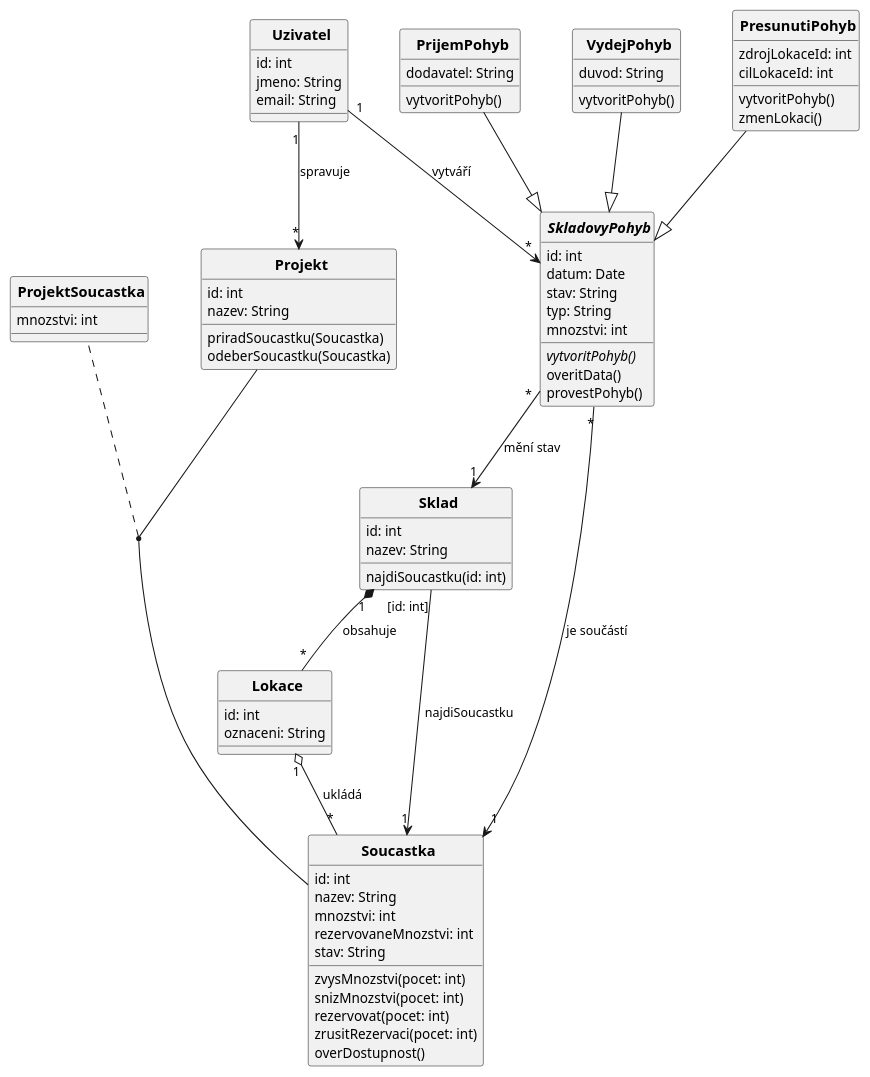
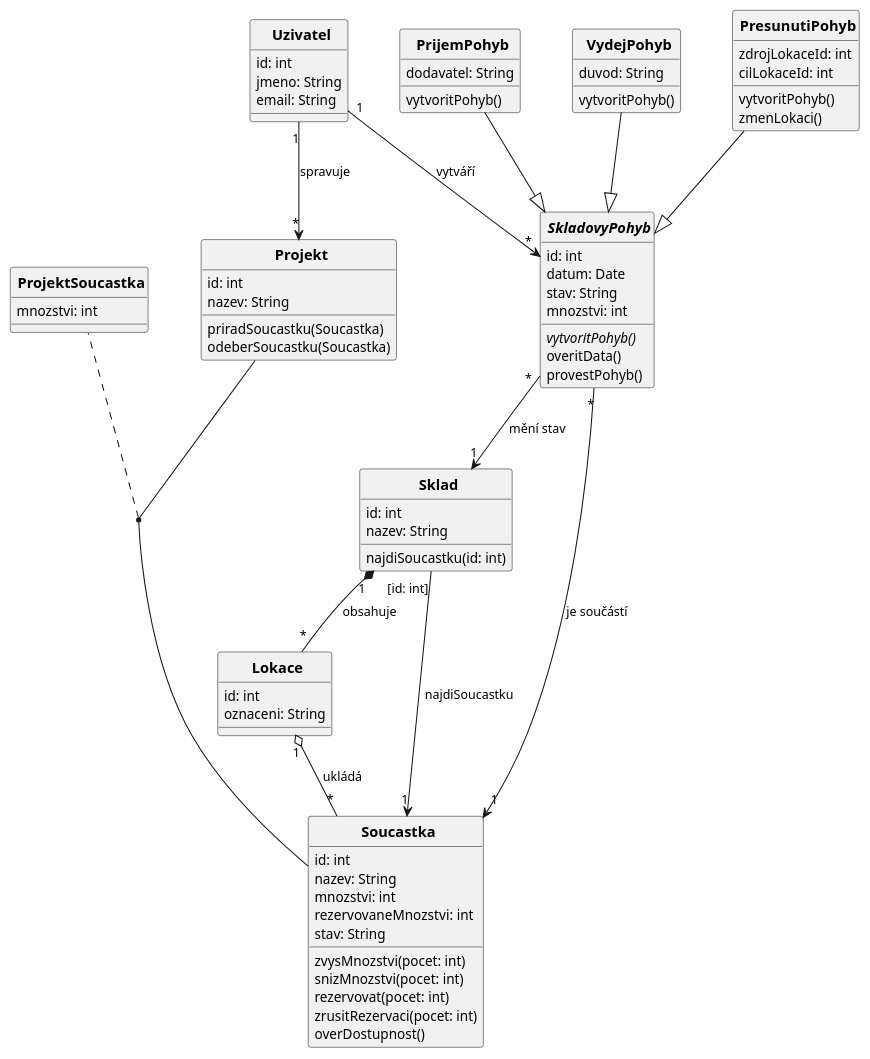
One commit to lkvapil/kOdevzdaniProjektWMS changed the diagram in diagrams/02_class_diagram.puml. Above: the diagram before and after it, drawn with PlantUML. The commit also changed 7 other files, not shown here.

Commit message:
Opravy dle zpětné vazby: generalizace UC, polymorfismus, stavové diagramy

```diff
--- a/diagrams/02_class_diagram.puml
+++ b/diagrams/02_class_diagram.puml
@@ -1,106 +1,105 @@
 @startuml
 top to bottom direction
 skinparam CircledCharacterRadius 0
 skinparam CircledCharacterFontSize 0
 skinparam defaultFontSize 13
 skinparam classFontSize 14
 skinparam classFontStyle bold
 skinparam ArrowFontSize 12
 skinparam nodesep 50
 skinparam ranksep 60
 
 class Uzivatel {
   id: int
   jmeno: String
   email: String
 }
 
 class PrijemPohyb {
   dodavatel: String
   vytvoritPohyb()
 }
 
 class VydejPohyb {
   duvod: String
   vytvoritPohyb()
 }
 
 class PresunutiPohyb {
   zdrojLokaceId: int
   cilLokaceId: int
   vytvoritPohyb()
   zmenLokaci()
 }
 
 abstract class SkladovyPohyb {
   id: int
   datum: Date
   stav: String
-  typ: String
   mnozstvi: int
   {abstract} vytvoritPohyb()
   overitData()
   provestPohyb()
 }
 
 class Projekt {
   id: int
   nazev: String
   priradSoucastku(Soucastka)
   odeberSoucastku(Soucastka)
 }
 
 class ProjektSoucastka {
   mnozstvi: int
 }
 
 class Sklad {
   id: int
   nazev: String
   najdiSoucastku(id: int)
 }
 
 class Lokace {
   id: int
   oznaceni: String
 }
 
 class Soucastka {
   id: int
   nazev: String
   mnozstvi: int
   rezervovaneMnozstvi: int
   stav: String
   zvysMnozstvi(pocet: int)
   snizMnozstvi(pocet: int)
   rezervovat(pocet: int)
   zrusitRezervaci(pocet: int)
   overDostupnost()
 }
 
 ' ── Generalizace ──────────────────────────────────────────────────────────────
 PrijemPohyb    --|> SkladovyPohyb
 VydejPohyb     --|> SkladovyPohyb
 PresunutiPohyb --|> SkladovyPohyb
 
 ' ── Atribut spojení ───────────────────────────────────────────────────────────
 (Projekt, Soucastka) .. ProjektSoucastka
 Projekt -[hidden]left- ProjektSoucastka
 
 ' ── Kvalifikovaná vazba ───────────────────────────────────────────────────────
 Sklad "[id: int]" --> "1" Soucastka : najdiSoucastku
 
 ' ── Asociace ──────────────────────────────────────────────────────────────────
 SkladovyPohyb "*" --> "1" Soucastka     : je součástí
 Sklad         "1" *-- "*" Lokace        : obsahuje
 Lokace        "1" o-- "*" Soucastka     : ukládá
 SkladovyPohyb "*" --> "1" Sklad         : mění stav
 Uzivatel      "1" --> "*" SkladovyPohyb : vytváří
 Uzivatel      "1" --> "*" Projekt       : spravuje
 
 ' ── Layout ────────────────────────────────────────────────────────────────────
 Uzivatel    -[hidden]right- PrijemPohyb
 PrijemPohyb -[hidden]right- VydejPohyb
 VydejPohyb  -[hidden]right- PresunutiPohyb
 
 @enduml
```
